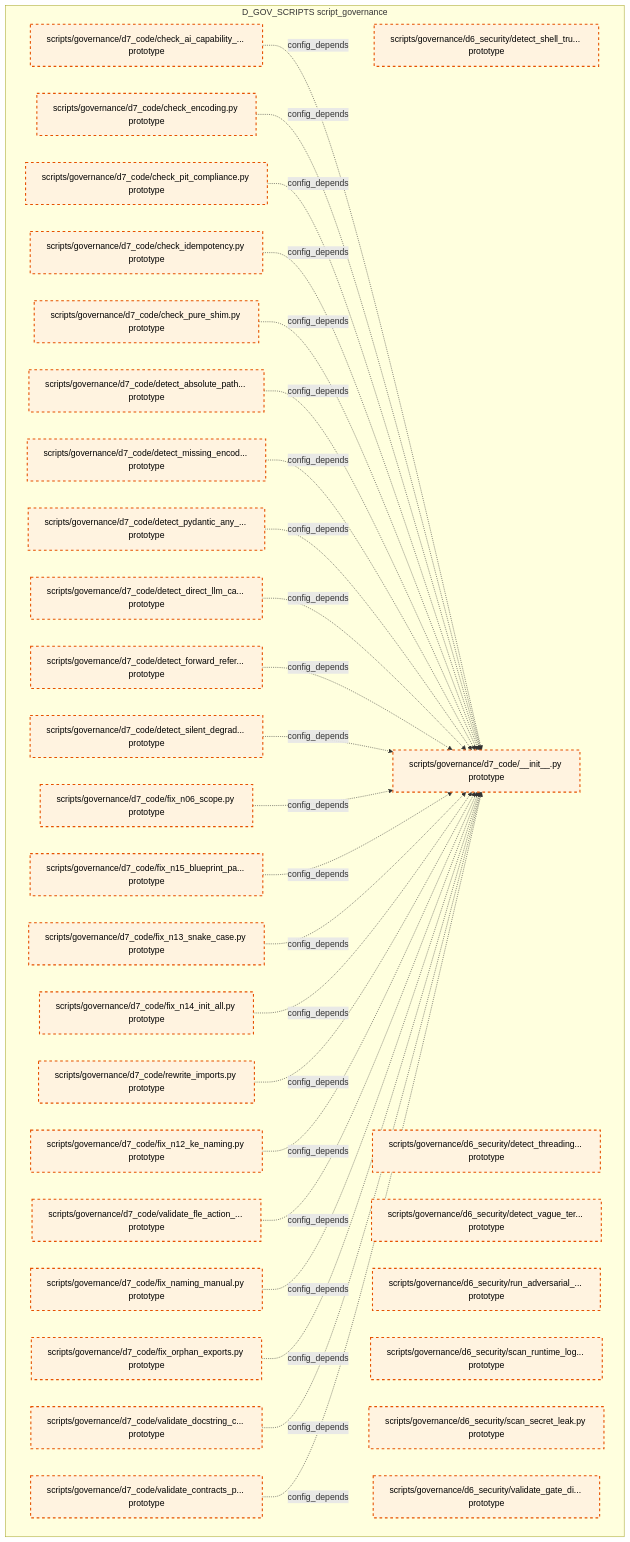
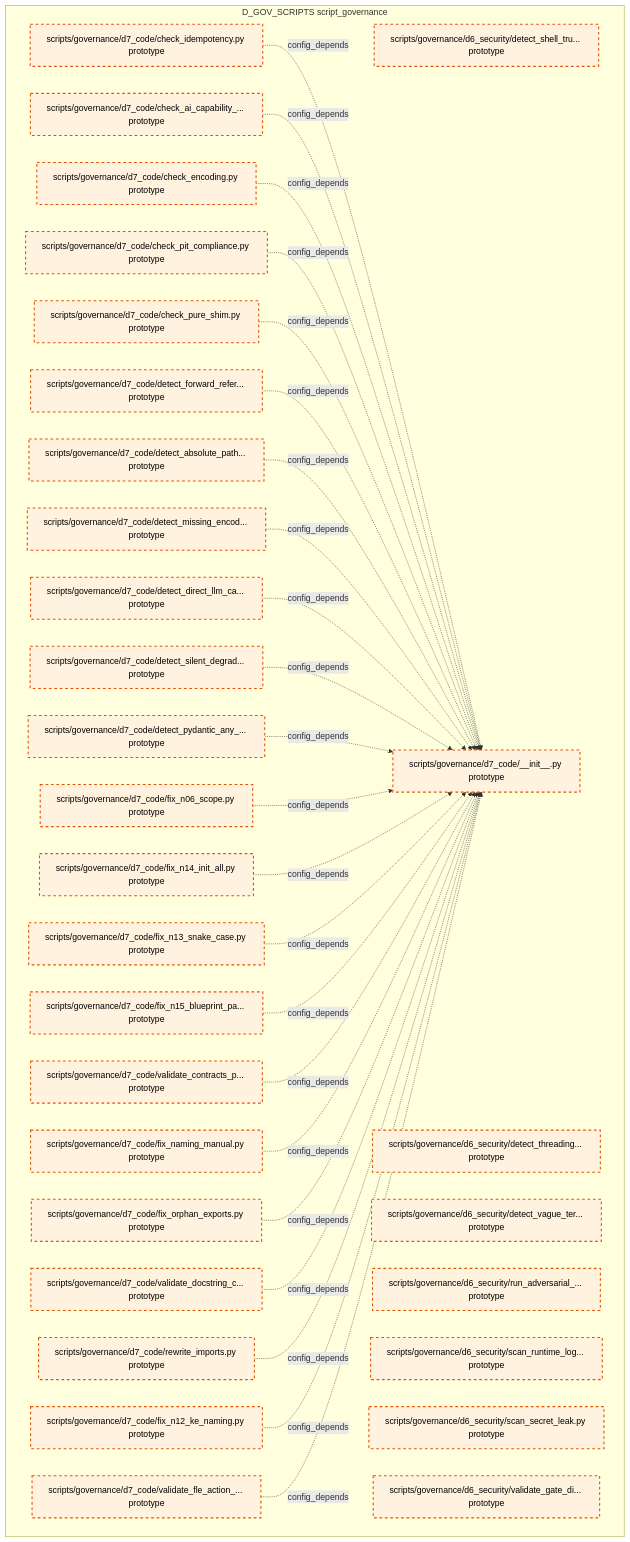
One commit to xuanFelixVan/ZephyrAlpha changed the tenth of 15 diagrams in docs/02_enterprise_architecture/02_domain_architecture_docs/36_d_gov_scripts.md. Above: the diagram before and after it, drawn with Mermaid. The commit also changed other lines of this file and 99 other files, not shown here.

````diff
--- a/docs/02_enterprise_architecture/02_domain_architecture_docs/36_d_gov_scripts.md
+++ b/docs/02_enterprise_architecture/02_domain_architecture_docs/36_d_gov_scripts.md
@@ -690,62 +691,62 @@
 ```mermaid
 graph TD
     subgraph D_GOV_SCRIPTS["D_GOV_SCRIPTS script_governance"]
         scripts_governance_d6_security_detect_shell_true_py["scripts/governance/d6_security/detect_shell_tru... prototype"]
         scripts_governance_d6_security_detect_threading_lock_py["scripts/governance/d6_security/detect_threading... prototype"]
         scripts_governance_d6_security_detect_vague_terms_py["scripts/governance/d6_security/detect_vague_ter... prototype"]
         scripts_governance_d6_security_run_adversarial_checks_py["scripts/governance/d6_security/run_adversarial_... prototype"]
         scripts_governance_d6_security_scan_runtime_log_secrets_py["scripts/governance/d6_security/scan_runtime_log... prototype"]
         scripts_governance_d6_security_scan_secret_leak_py["scripts/governance/d6_security/scan_secret_leak.py prototype"]
         scripts_governance_d6_security_validate_gate_discipline_py["scripts/governance/d6_security/validate_gate_di... prototype"]
         scripts_governance_d7_code_init_py["scripts/governance/d7_code/__init__.py prototype"]
         scripts_governance_d7_code_check_ai_capability_boundary_py["scripts/governance/d7_code/check_ai_capability_... prototype"]
         scripts_governance_d7_code_check_encoding_py["scripts/governance/d7_code/check_encoding.py prototype"]
         scripts_governance_d7_code_check_idempotency_py["scripts/governance/d7_code/check_idempotency.py prototype"]
         scripts_governance_d7_code_check_pit_compliance_py["scripts/governance/d7_code/check_pit_compliance.py prototype"]
         scripts_governance_d7_code_check_pure_shim_py["scripts/governance/d7_code/check_pure_shim.py prototype"]
         scripts_governance_d7_code_detect_absolute_path_hardcoding_py["scripts/governance/d7_code/detect_absolute_path... prototype"]
         scripts_governance_d7_code_detect_direct_llm_calls_py["scripts/governance/d7_code/detect_direct_llm_ca... prototype"]
         scripts_governance_d7_code_detect_forward_reference_py["scripts/governance/d7_code/detect_forward_refer... prototype"]
         scripts_governance_d7_code_detect_missing_encoding_py["scripts/governance/d7_code/detect_missing_encod... prototype"]
         scripts_governance_d7_code_detect_pydantic_any_fields_py["scripts/governance/d7_code/detect_pydantic_any_... prototype"]
         scripts_governance_d7_code_detect_silent_degradation_py["scripts/governance/d7_code/detect_silent_degrad... prototype"]
         scripts_governance_d7_code_fix_n06_scope_py["scripts/governance/d7_code/fix_n06_scope.py prototype"]
         scripts_governance_d7_code_fix_n12_ke_naming_py["scripts/governance/d7_code/fix_n12_ke_naming.py prototype"]
         scripts_governance_d7_code_fix_n13_snake_case_py["scripts/governance/d7_code/fix_n13_snake_case.py prototype"]
         scripts_governance_d7_code_fix_n14_init_all_py["scripts/governance/d7_code/fix_n14_init_all.py prototype"]
         scripts_governance_d7_code_fix_n15_blueprint_path_py["scripts/governance/d7_code/fix_n15_blueprint_pa... prototype"]
         scripts_governance_d7_code_fix_naming_manual_py["scripts/governance/d7_code/fix_naming_manual.py prototype"]
         scripts_governance_d7_code_fix_orphan_exports_py["scripts/governance/d7_code/fix_orphan_exports.py prototype"]
         scripts_governance_d7_code_rewrite_imports_py["scripts/governance/d7_code/rewrite_imports.py prototype"]
         scripts_governance_d7_code_validate_contracts_purity_py["scripts/governance/d7_code/validate_contracts_p... prototype"]
         scripts_governance_d7_code_validate_docstring_coverage_py["scripts/governance/d7_code/validate_docstring_c... prototype"]
         scripts_governance_d7_code_validate_fle_action_metadata_py["scripts/governance/d7_code/validate_fle_action_... prototype"]
     end
+    scripts_governance_d7_code_check_idempotency_py -.->|config_depends| scripts_governance_d7_code_init_py
     scripts_governance_d7_code_check_ai_capability_boundary_py -.->|config_depends| scripts_governance_d7_code_init_py
     scripts_governance_d7_code_check_encoding_py -.->|config_depends| scripts_governance_d7_code_init_py
     scripts_governance_d7_code_check_pit_compliance_py -.->|config_depends| scripts_governance_d7_code_init_py
-    scripts_governance_d7_code_check_idempotency_py -.->|config_depends| scripts_governance_d7_code_init_py
     scripts_governance_d7_code_check_pure_shim_py -.->|config_depends| scripts_governance_d7_code_init_py
+    scripts_governance_d7_code_detect_forward_reference_py -.->|config_depends| scripts_governance_d7_code_init_py
     scripts_governance_d7_code_detect_absolute_path_hardcoding_py -.->|config_depends| scripts_governance_d7_code_init_py
     scripts_governance_d7_code_detect_missing_encoding_py -.->|config_depends| scripts_governance_d7_code_init_py
+    scripts_governance_d7_code_detect_direct_llm_calls_py -.->|config_depends| scripts_governance_d7_code_init_py
+    scripts_governance_d7_code_detect_silent_degradation_py -.->|config_depends| scripts_governance_d7_code_init_py
     scripts_governance_d7_code_detect_pydantic_any_fields_py -.->|config_depends| scripts_governance_d7_code_init_py
-    scripts_governance_d7_code_detect_direct_llm_calls_py -.->|config_depends| scripts_governance_d7_code_init_py
-    scripts_governance_d7_code_detect_forward_reference_py -.->|config_depends| scripts_governance_d7_code_init_py
-    scripts_governance_d7_code_detect_silent_degradation_py -.->|config_depends| scripts_governance_d7_code_init_py
     scripts_governance_d7_code_fix_n06_scope_py -.->|config_depends| scripts_governance_d7_code_init_py
+    scripts_governance_d7_code_fix_n14_init_all_py -.->|config_depends| scripts_governance_d7_code_init_py
+    scripts_governance_d7_code_fix_n13_snake_case_py -.->|config_depends| scripts_governance_d7_code_init_py
     scripts_governance_d7_code_fix_n15_blueprint_path_py -.->|config_depends| scripts_governance_d7_code_init_py
-    scripts_governance_d7_code_fix_n13_snake_case_py -.->|config_depends| scripts_governance_d7_code_init_py
-    scripts_governance_d7_code_fix_n14_init_all_py -.->|config_depends| scripts_governance_d7_code_init_py
+    scripts_governance_d7_code_validate_contracts_purity_py -.->|config_depends| scripts_governance_d7_code_init_py
+    scripts_governance_d7_code_fix_naming_manual_py -.->|config_depends| scripts_governance_d7_code_init_py
+    scripts_governance_d7_code_fix_orphan_exports_py -.->|config_depends| scripts_governance_d7_code_init_py
+    scripts_governance_d7_code_validate_docstring_coverage_py -.->|config_depends| scripts_governance_d7_code_init_py
     scripts_governance_d7_code_rewrite_imports_py -.->|config_depends| scripts_governance_d7_code_init_py
     scripts_governance_d7_code_fix_n12_ke_naming_py -.->|config_depends| scripts_governance_d7_code_init_py
     scripts_governance_d7_code_validate_fle_action_metadata_py -.->|config_depends| scripts_governance_d7_code_init_py
-    scripts_governance_d7_code_fix_naming_manual_py -.->|config_depends| scripts_governance_d7_code_init_py
-    scripts_governance_d7_code_fix_orphan_exports_py -.->|config_depends| scripts_governance_d7_code_init_py
-    scripts_governance_d7_code_validate_docstring_coverage_py -.->|config_depends| scripts_governance_d7_code_init_py
-    scripts_governance_d7_code_validate_contracts_purity_py -.->|config_depends| scripts_governance_d7_code_init_py
     classDef production fill:#e1f5fe,stroke:#01579b,stroke-width:2px,color:#000
     classDef design fill:#fff3e0,stroke:#e65100,stroke-width:2px,color:#000,stroke-dasharray: 5 5
     classDef external_prod fill:#e8f5e9,stroke:#1b5e20,stroke-width:1px,color:#000
     classDef external_design fill:#fce4ec,stroke:#880e4f,stroke-width:1px,color:#000,stroke-dasharray: 5 5
     class scripts_governance_d6_security_detect_shell_true_py,scripts_governance_d6_security_detect_threading_lock_py,scripts_governance_d6_security_detect_vague_terms_py,scripts_governance_d6_security_run_adversarial_checks_py,scripts_governance_d6_security_scan_runtime_log_secrets_py,scripts_governance_d6_security_scan_secret_leak_py,scripts_governance_d6_security_validate_gate_discipline_py,scripts_governance_d7_code_init_py,scripts_governance_d7_code_check_ai_capability_boundary_py,scripts_governance_d7_code_check_encoding_py,scripts_governance_d7_code_check_idempotency_py,scripts_governance_d7_code_check_pit_compliance_py,scripts_governance_d7_code_check_pure_shim_py,scripts_governance_d7_code_detect_absolute_path_hardcoding_py,scripts_governance_d7_code_detect_direct_llm_calls_py,scripts_governance_d7_code_detect_forward_reference_py,scripts_governance_d7_code_detect_missing_encoding_py,scripts_governance_d7_code_detect_pydantic_any_fields_py,scripts_governance_d7_code_detect_silent_degradation_py,scripts_governance_d7_code_fix_n06_scope_py,scripts_governance_d7_code_fix_n12_ke_naming_py,scripts_governance_d7_code_fix_n13_snake_case_py,scripts_governance_d7_code_fix_n14_init_all_py,scripts_governance_d7_code_fix_n15_blueprint_path_py,scripts_governance_d7_code_fix_naming_manual_py,scripts_governance_d7_code_fix_orphan_exports_py,scripts_governance_d7_code_rewrite_imports_py,scripts_governance_d7_code_validate_contracts_purity_py,scripts_governance_d7_code_validate_docstring_coverage_py,scripts_governance_d7_code_validate_fle_action_metadata_py design
 ```
````
